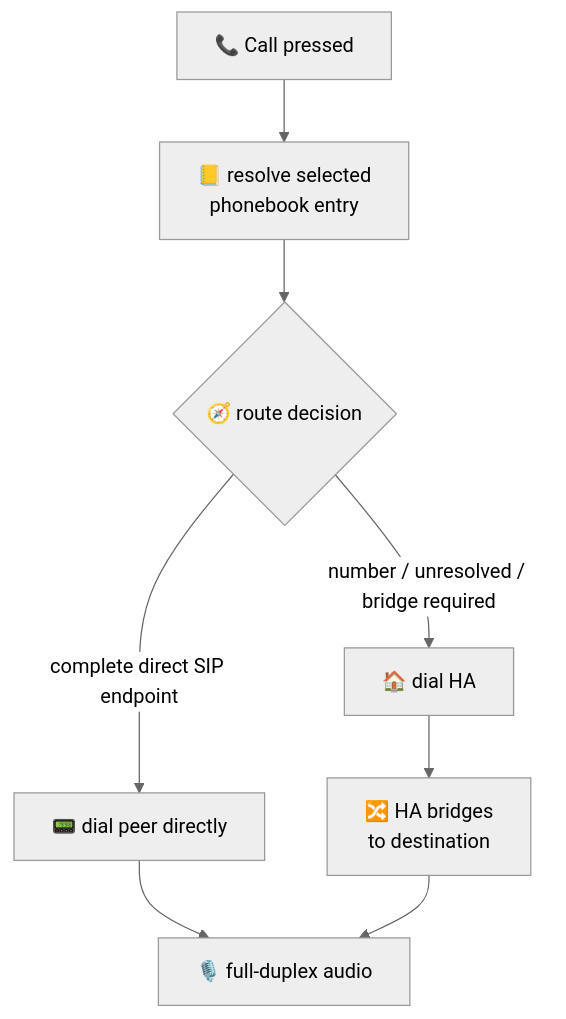
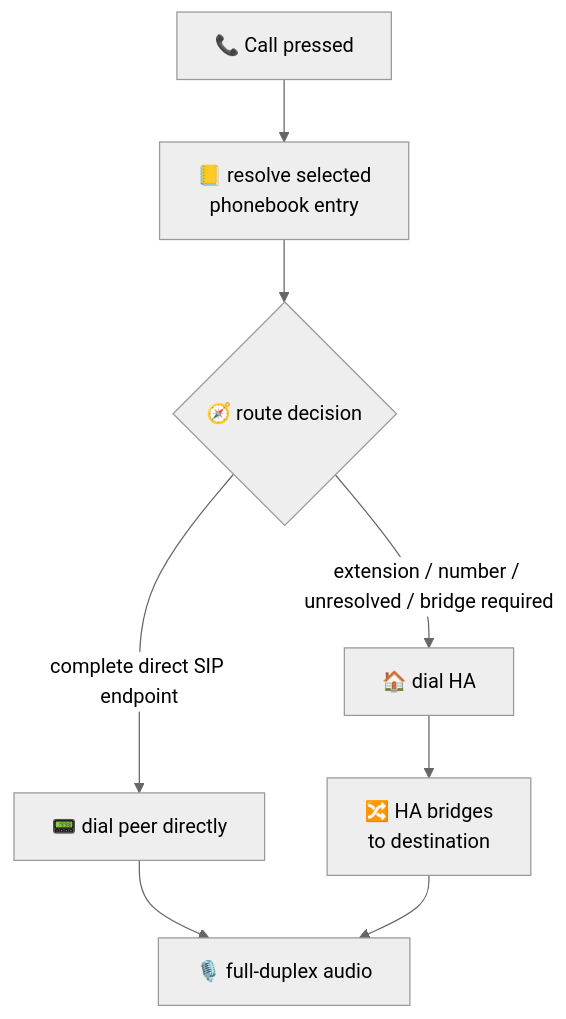
One commit to csfrussa/esphome-intercom changed the third of 6 diagrams in README.md. Above: the diagram before and after it, drawn with Mermaid (neutral theme). The commit also changed other lines of this file and 88 other files, not shown here.

````diff
--- a/README.md
+++ b/README.md
@@ -1010,10 +1035,10 @@
 ```mermaid
 flowchart TD
     Press["📞 Call pressed"] --> Resolve["📒 resolve selected<br/>phonebook entry"]
     Resolve --> Policy{"🧭 route decision"}
     Policy -->|"complete direct SIP endpoint"| Direct["📟 dial peer directly"]
-    Policy -->|"number / unresolved / bridge required"| ViaHA["🏠 dial HA"]
+    Policy -->|"extension / number / unresolved / bridge required"| ViaHA["🏠 dial HA"]
     ViaHA --> Bridge["🔀 HA bridges<br/>to destination"]
     Direct --> Stream["🎙️ full-duplex audio"]
     Bridge --> Stream
 ```
````
